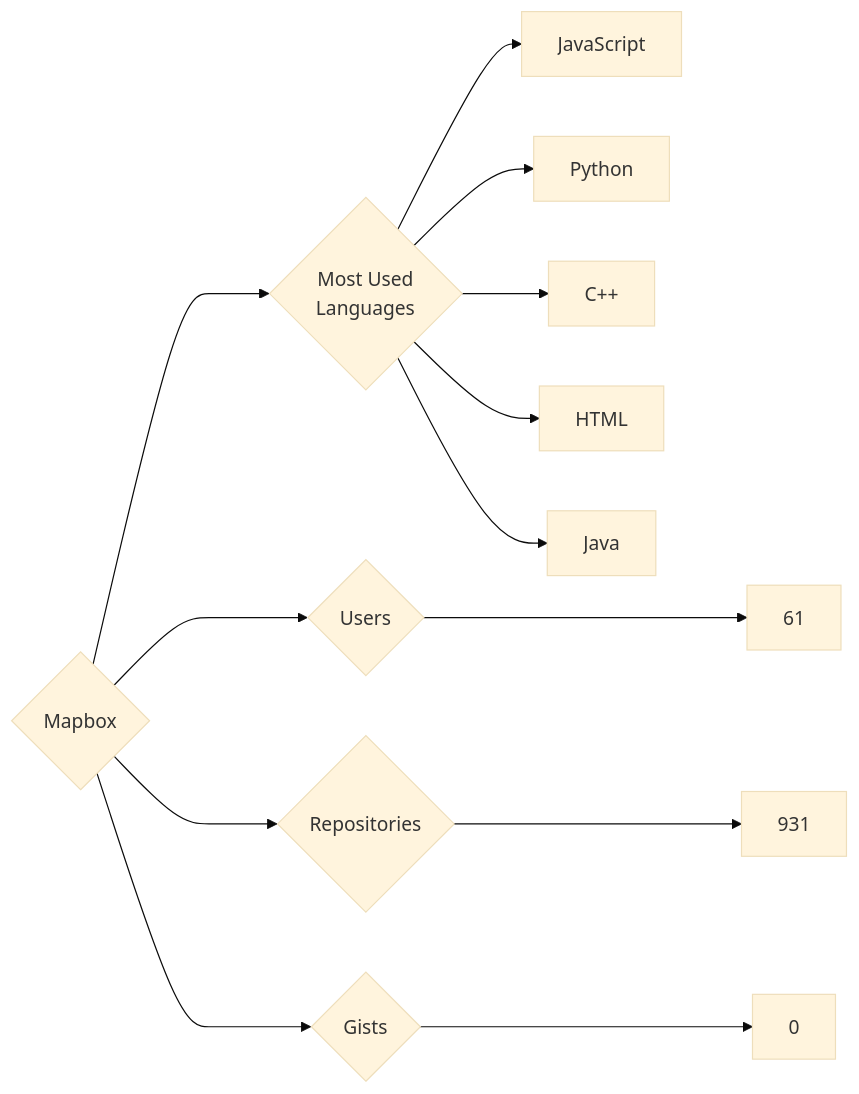
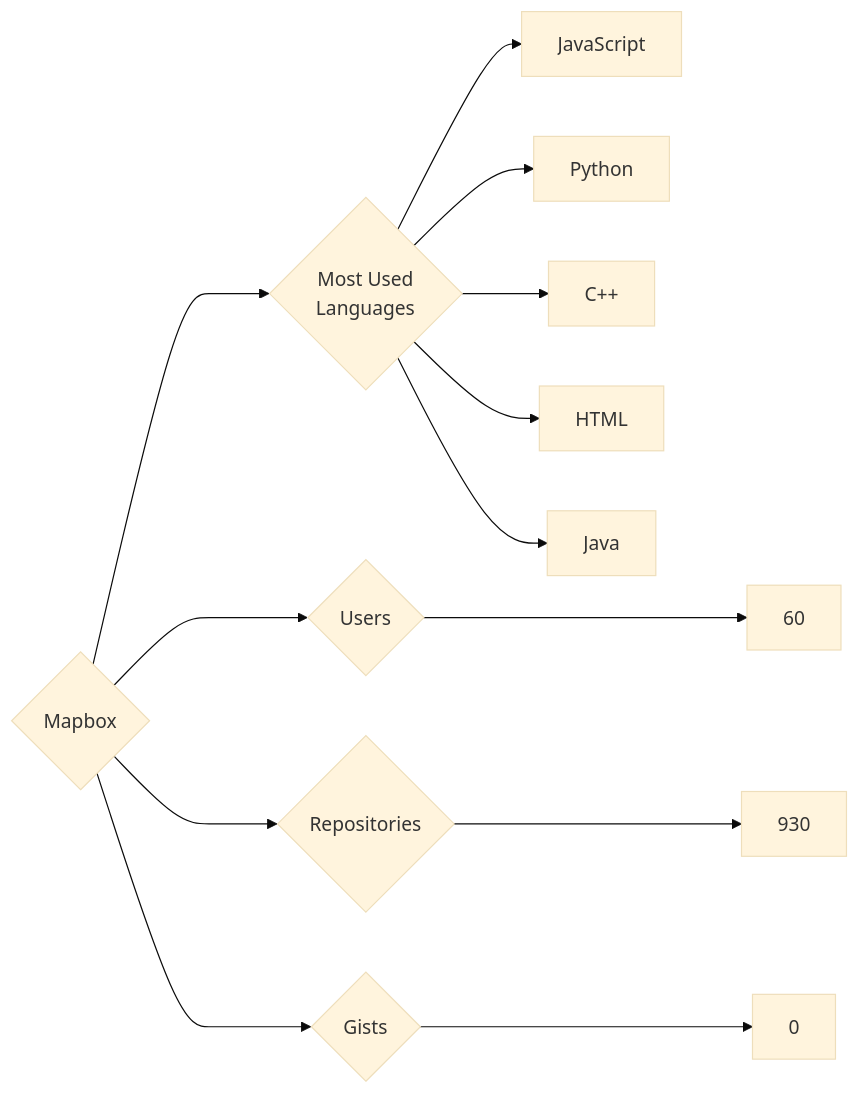
One commit to trickest/insiders changed the diagram in targets/Mapbox/README.md. Above: the diagram before and after it, drawn with Mermaid (base theme). The commit also changed 951 other files, not shown here.

````diff
--- a/targets/Mapbox/README.md
+++ b/targets/Mapbox/README.md
@@ -3,13 +3,13 @@
 ```mermaid
 graph LR
 COMPANY_NAME{Mapbox}
-COMPANY_NAME ---> U{Users} ---> UN[61]
-COMPANY_NAME ---> R{Repositories} ---> RN[931]
+COMPANY_NAME ---> U{Users} ---> UN[60]
+COMPANY_NAME ---> R{Repositories} ---> RN[930]
 COMPANY_NAME ---> G{Gists} ---> GN[0]
 COMPANY_NAME ---> ML{Most Used<br>Languages}
-ML --> JavaScript
-ML --> Python
-ML --> C++
-ML --> HTML
-ML --> Java
+ML --> JavaScript[JavaScript]
+ML --> Python[Python]
+ML --> C++[C++]
+ML --> HTML[HTML]
+ML --> Java[Java]
 ```
````
